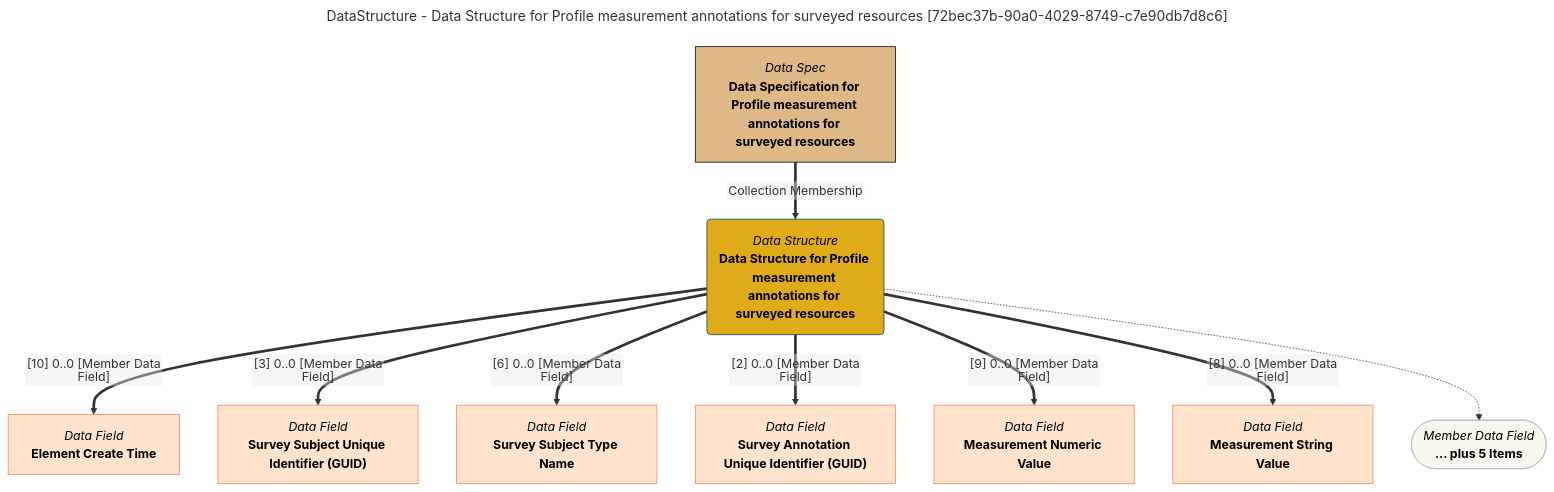
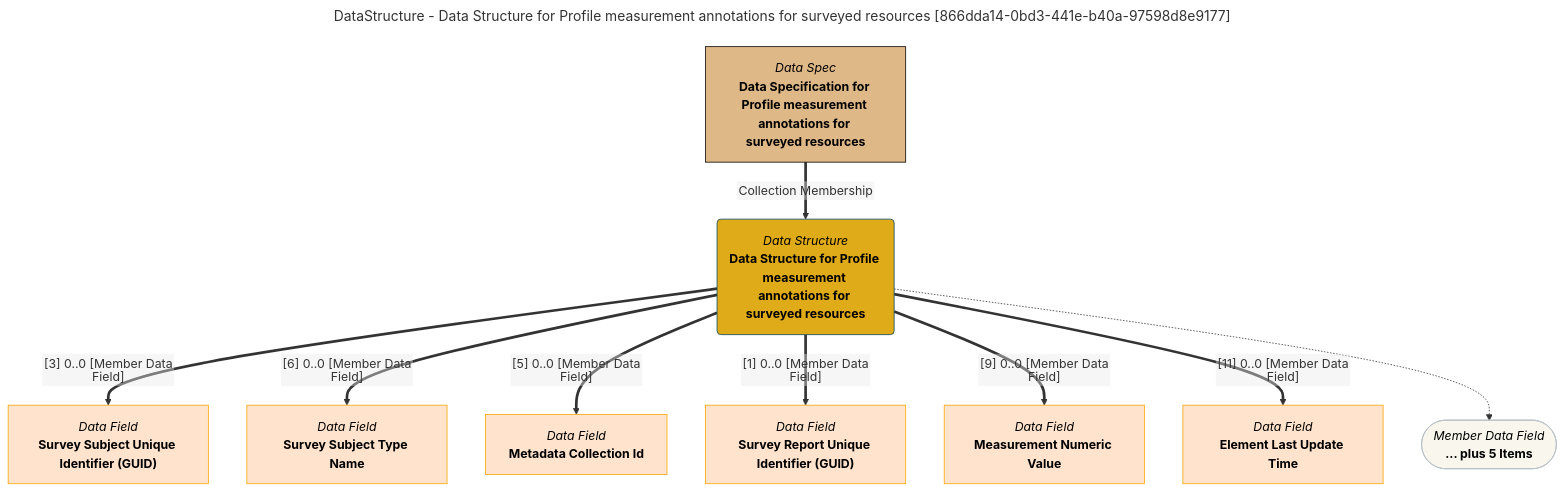
The diagram in site/snippets/data-structures/data-structure-for-profile-measurement-annotations-for-surveyed-resources-mermaid-graph.md (odpi/egeria-docs), drawn with Mermaid before and after one commit. The commit also changed 2201 other files, not shown here.

````diff
--- a/site/snippets/data-structures/data-structure-for-profile-measurement-annotations-for-surveyed-resources-mermaid-graph.md
+++ b/site/snippets/data-structures/data-structure-for-profile-measurement-annotations-for-surveyed-resources-mermaid-graph.md
@@ -1,43 +1,43 @@
 ```mermaid
 ---
-title: DataStructure - Data Structure for Profile measurement annotations for surveyed resources [72bec37b-90a0-4029-8749-c7e90db7d8c6]
+title: DataStructure - Data Structure for Profile measurement annotations for surveyed resources [866dda14-0bd3-441e-b40a-97598d8e9177]
 ---
 flowchart TD
 %%{init: {"flowchart": {"htmlLabels": false}} }%%
 
 1@{ shape: rounded, label: "*Data Structure*
 **Data Structure for Profile measurement annotations for surveyed resources**"}
 2@{ shape: rect, label: "*Data Spec*
 **Data Specification for Profile measurement annotations for surveyed resources**"}
 2==>|"Collection Membership"|1
 3@{ shape: rect, label: "*Data Field*
-**Element Create Time**"}
-1==>|"[10] 0..0 [Member Data Field]"|3
+**Survey Subject Unique Identifier (GUID)**"}
+1==>|"[3] 0..0 [Member Data Field]"|3
 4@{ shape: rect, label: "*Data Field*
-**Survey Subject Unique Identifier (GUID)**"}
-1==>|"[3] 0..0 [Member Data Field]"|4
+**Survey Subject Type Name**"}
+1==>|"[6] 0..0 [Member Data Field]"|4
 5@{ shape: rect, label: "*Data Field*
-**Survey Subject Type Name**"}
-1==>|"[6] 0..0 [Member Data Field]"|5
+**Metadata Collection Id**"}
+1==>|"[5] 0..0 [Member Data Field]"|5
 6@{ shape: rect, label: "*Data Field*
-**Survey Annotation Unique Identifier (GUID)**"}
-1==>|"[2] 0..0 [Member Data Field]"|6
+**Survey Report Unique Identifier (GUID)**"}
+1==>|"[1] 0..0 [Member Data Field]"|6
 7@{ shape: rect, label: "*Data Field*
 **Measurement Numeric Value**"}
 1==>|"[9] 0..0 [Member Data Field]"|7
 8@{ shape: rect, label: "*Data Field*
-**Measurement String Value**"}
-1==>|"[8] 0..0 [Member Data Field]"|8
+**Element Last Update Time**"}
+1==>|"[11] 0..0 [Member Data Field]"|8
 9@{ shape: stadium, label: "*Member Data Field*
 **... plus 5 Items**"}
 1-.->9
 style 1 color:#000000, fill:#e0ab18, stroke:#004563
-style 2 color:#000000, fill:#deb887, stroke:#000000
-style 3 color:#000000, fill:#ffe3cc, stroke:#f9845b
-style 4 color:#000000, fill:#ffe3cc, stroke:#f9845b
-style 5 color:#000000, fill:#ffe3cc, stroke:#f9845b
-style 6 color:#000000, fill:#ffe3cc, stroke:#f9845b
-style 7 color:#000000, fill:#ffe3cc, stroke:#f9845b
-style 8 color:#000000, fill:#ffe3cc, stroke:#f9845b
+style 2 color:#000000, fill:#DEB887, stroke:#000000
+style 3 color:#000000, fill:#ffe3cc, stroke:#FFA500
+style 4 color:#000000, fill:#ffe3cc, stroke:#FFA500
+style 5 color:#000000, fill:#ffe3cc, stroke:#FFA500
+style 6 color:#000000, fill:#ffe3cc, stroke:#FFA500
+style 7 color:#000000, fill:#ffe3cc, stroke:#FFA500
+style 8 color:#000000, fill:#ffe3cc, stroke:#FFA500
 style 9 color:#000000, fill:#F9F7ED, stroke:#b7c0c7
 ```
````
